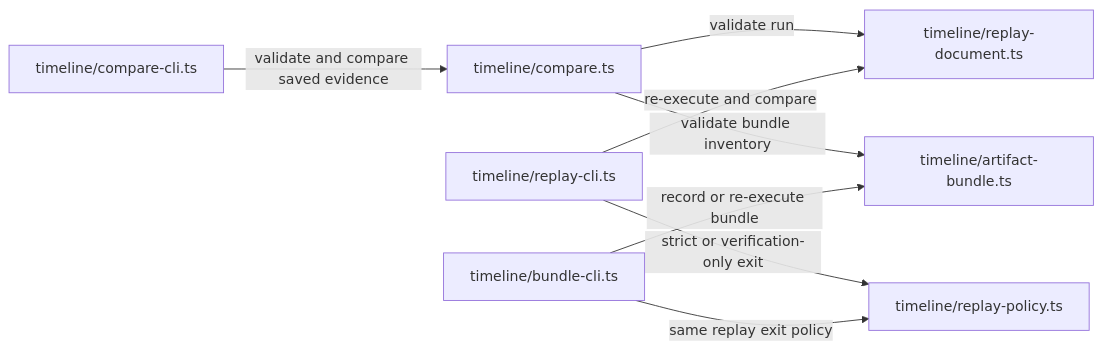
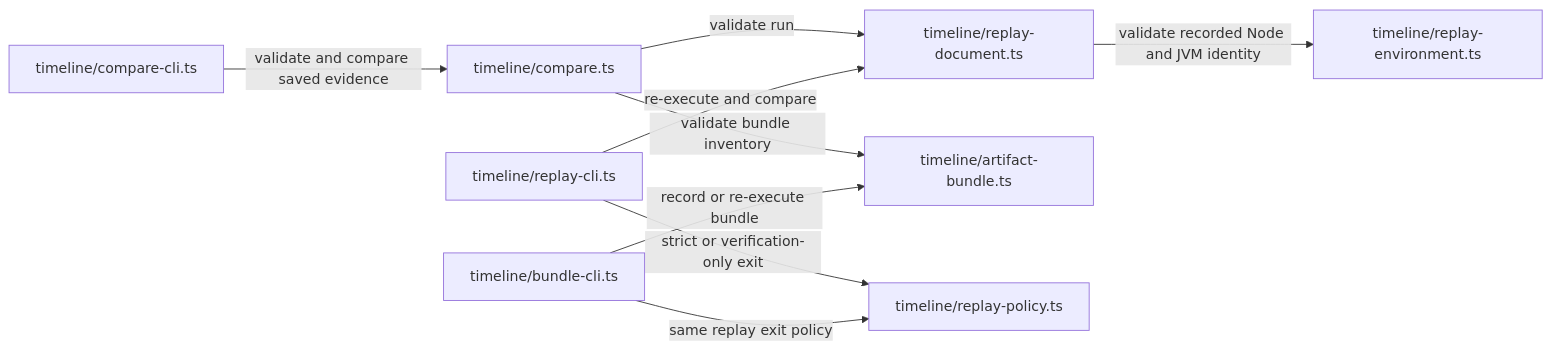
Before and after one commit to sproates/zooglass: diagram 47 of 57 in workbench/docs/source-map.md, drawn with Mermaid. The commit also changed other lines of this file and 26 other files, not shown here.

````diff
--- a/workbench/docs/source-map.md
+++ b/workbench/docs/source-map.md
@@ -1220,10 +1220,11 @@
 ```mermaid
 flowchart LR
   comparecli["timeline/compare-cli.ts"] -->|validate and compare saved evidence| compare["timeline/compare.ts"]
   compare -->|validate run| replay["timeline/replay-document.ts"]
+  replay -->|validate recorded Node and JVM identity| environment["timeline/replay-environment.ts"]
   compare -->|validate bundle inventory| bundle["timeline/artifact-bundle.ts"]
   replaycli["timeline/replay-cli.ts"] -->|re-execute and compare| replay
   bundlecli["timeline/bundle-cli.ts"] -->|record or re-execute bundle| bundle
   replaycli -->|strict or verification-only exit| policy["timeline/replay-policy.ts"]
   bundlecli -->|same replay exit policy| policy
 ```
````
